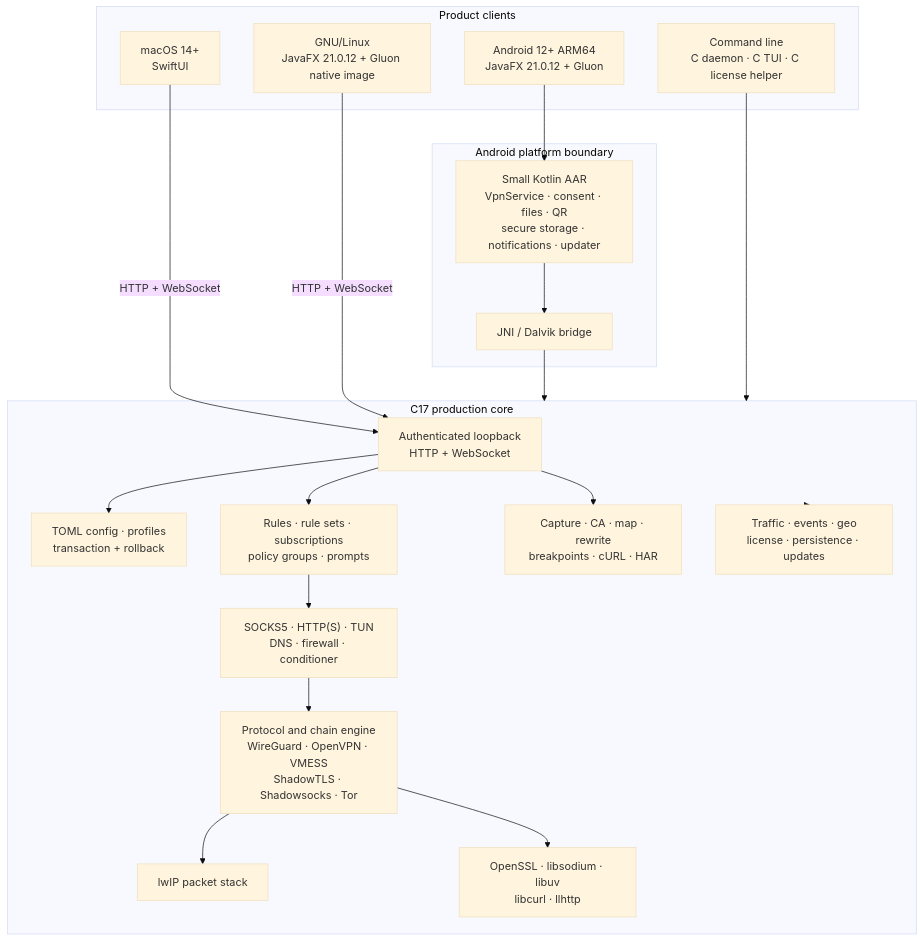
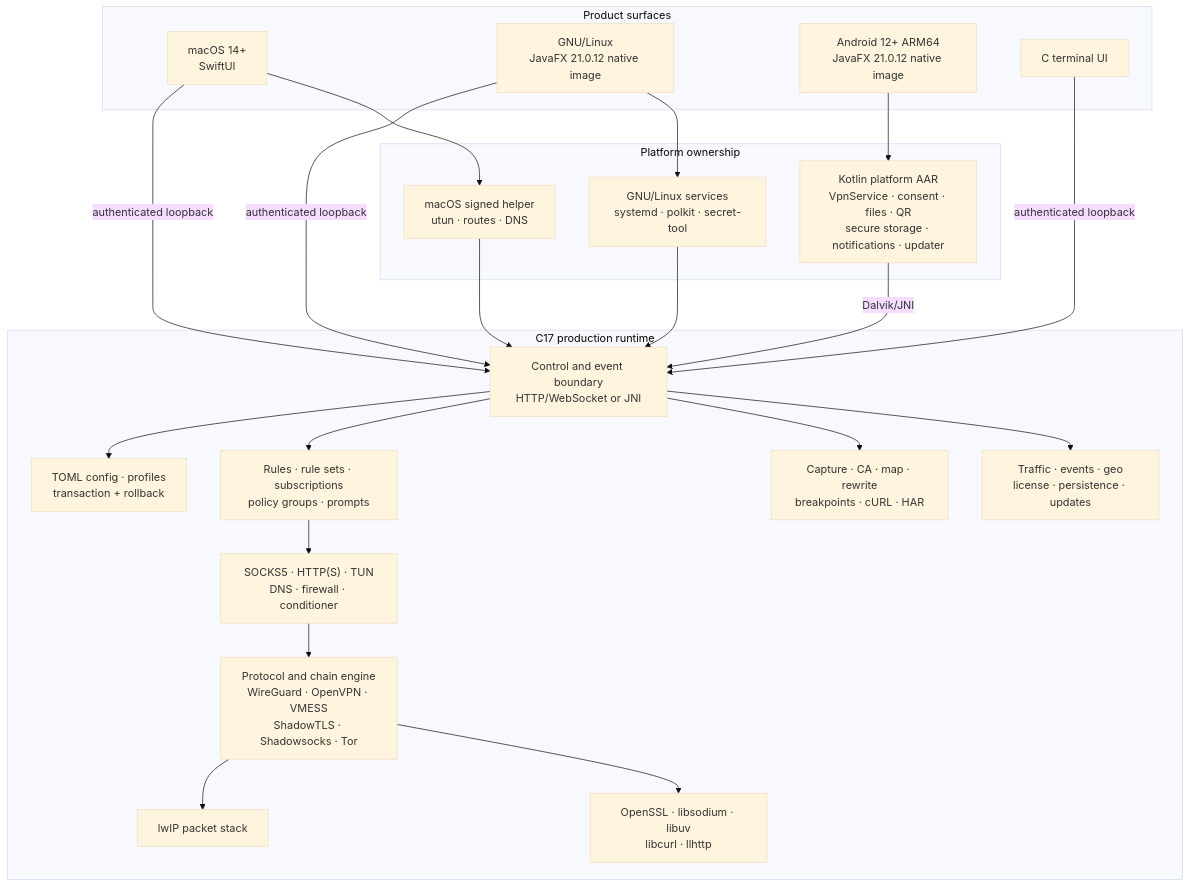
Before and after one commit to JohnThre/clambhook: the first of 4 diagrams in README.md, drawn with Mermaid (base theme). The commit also changed other lines of this file and 28 other files, not shown here.

Commit message:
Refresh documentation and diagrams

````diff
--- a/README.md
+++ b/README.md
@@ -16,38 +22,43 @@
 ```mermaid
 flowchart TB
-    subgraph clients["Product clients"]
+    subgraph clients["Product surfaces"]
         mac["macOS 14+<br/>SwiftUI"]
-        linux["GNU/Linux<br/>JavaFX 21.0.12 + Gluon native image"]
-        android["Android 12+ ARM64<br/>JavaFX 21.0.12 + Gluon"]
-        tools["Command line<br/>C daemon · C TUI · C license helper"]
+        linux["GNU/Linux<br/>JavaFX 21.0.12 native image"]
+        android["Android 12+ ARM64<br/>JavaFX 21.0.12 native image"]
+        tui["C terminal UI"]
     end
 
-    subgraph androidPlatform["Android platform boundary"]
-        kotlin["Small Kotlin AAR<br/>VpnService · consent · files · QR<br/>secure storage · notifications · updater"]
-        jni["JNI / Dalvik bridge"]
+    subgraph platform["Platform ownership"]
+        macHelper["macOS signed helper<br/>utun · routes · DNS"]
+        linuxServices["GNU/Linux services<br/>systemd · polkit · secret-tool"]
+        kotlin["Kotlin platform AAR<br/>VpnService · consent · files · QR<br/>secure storage · notifications · updater"]
     end
 
-    subgraph core["C17 production core"]
-        control["Authenticated loopback<br/>HTTP + WebSocket"]
+    subgraph runtime["C17 production runtime"]
+        control["Control and event boundary<br/>HTTP/WebSocket or JNI"]
         config["TOML config · profiles<br/>transaction + rollback"]
         routing["Rules · rule sets · subscriptions<br/>policy groups · prompts"]
         network["SOCKS5 · HTTP(S) · TUN<br/>DNS · firewall · conditioner"]
         protocols["Protocol and chain engine<br/>WireGuard · OpenVPN · VMESS<br/>ShadowTLS · Shadowsocks · Tor"]
         developer["Capture · CA · map · rewrite<br/>breakpoints · cURL · HAR"]
         support["Traffic · events · geo<br/>license · persistence · updates"]
         lwip["lwIP packet stack"]
         crypto["OpenSSL · libsodium · libuv<br/>libcurl · llhttp"]
     end
 
-    mac -->|HTTP + WebSocket| control
-    linux -->|HTTP + WebSocket| control
-    android --> kotlin --> jni --> core
-    tools --> core
+    mac -->|authenticated loopback| control
+    mac --> macHelper
+    linux -->|authenticated loopback| control
+    linux --> linuxServices
+    android --> kotlin -->|Dalvik/JNI| control
+    tui -->|authenticated loopback| control
     control --> config
     control --> routing
     control --> developer
     routing --> network --> protocols
     protocols --> lwip
     protocols --> crypto
-    core --> support
+    control --> support
+    macHelper --> control
+    linuxServices --> control
 ```
````
